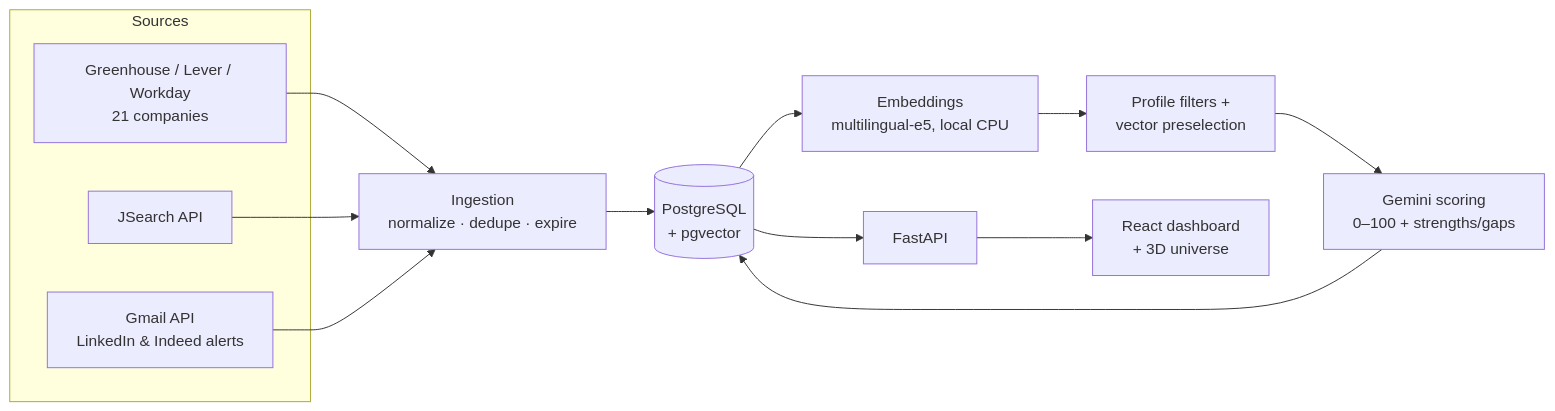
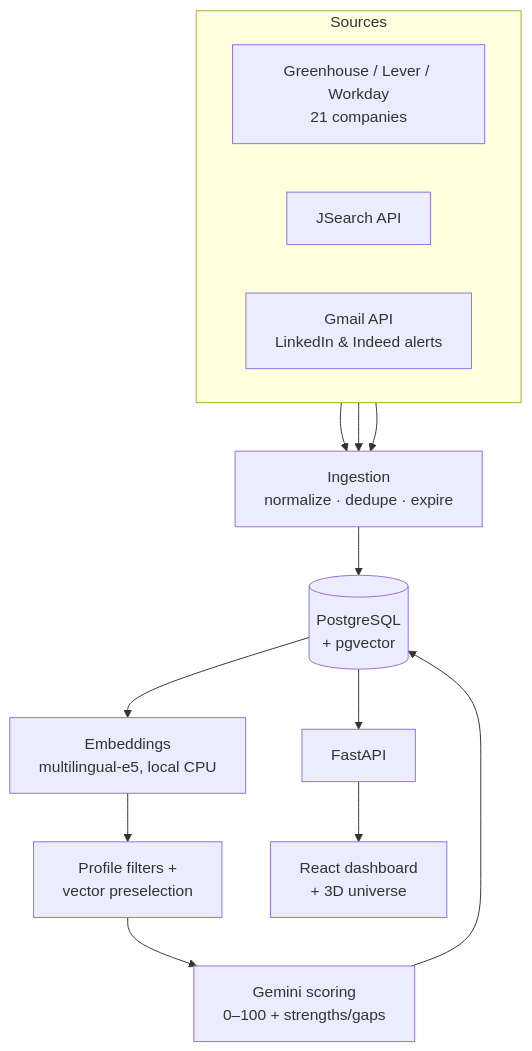
Before and after one commit to ifhy-alex/MoneyPlease: the diagram in README.md, drawn with Mermaid.

Commit message:
docs: el diagrama del README va en vertical para que no se corte

````diff
--- a/README.md
+++ b/README.md
@@ -24,15 +24,16 @@
 ```mermaid
-flowchart LR
+flowchart TB
     subgraph Sources
+        direction LR
         A[Greenhouse / Lever / Workday<br/>21 companies]
         B[JSearch API]
         C[Gmail API<br/>LinkedIn & Indeed alerts]
     end
     A & B & C --> D[Ingestion<br/>normalize · dedupe · expire]
     D --> E[(PostgreSQL<br/>+ pgvector)]
     E --> F[Embeddings<br/>multilingual-e5, local CPU]
     F --> G[Profile filters +<br/>vector preselection]
     G --> H[Gemini scoring<br/>0–100 + strengths/gaps]
     H --> E
     E --> I[FastAPI] --> J[React dashboard<br/>+ 3D universe]
 ```
````
